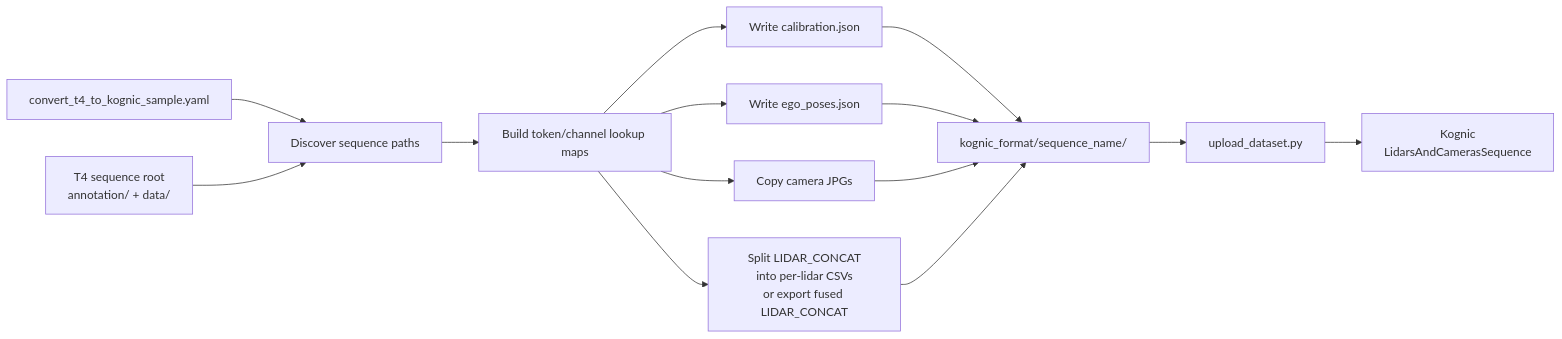
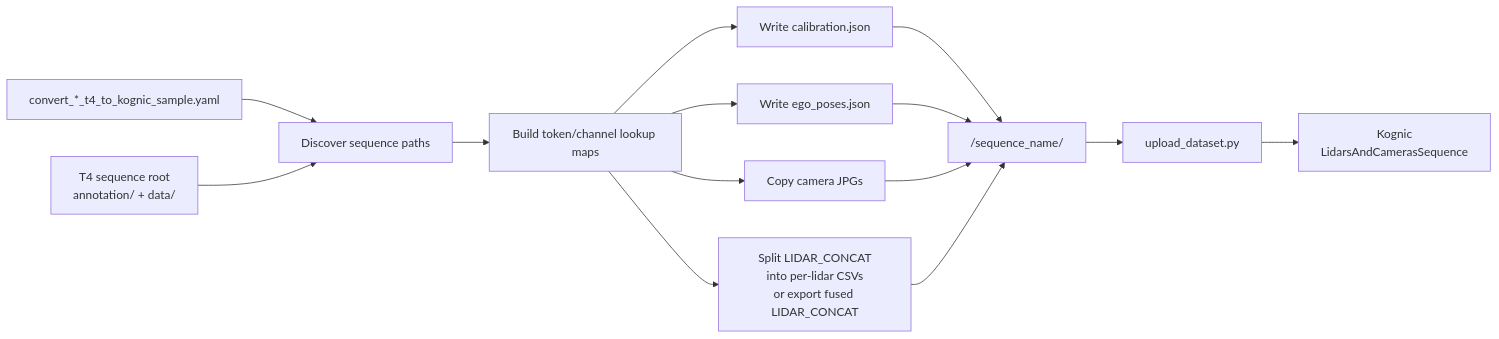
One commit to tier4/tier4_perception_dataset changed the second of 7 diagrams in docs/tier_iv_t4_extractor_to_kognic.md. Above: the diagram before and after it, drawn with Mermaid. The commit also changed other lines of this file and 1 other file, not shown here.

Commit message:
docs: add proper documentations for the whole t4dataset to kognic workflow

````diff
--- a/docs/tier_iv_t4_extractor_to_kognic.md
+++ b/docs/tier_iv_t4_extractor_to_kognic.md
@@ -158,28 +77,28 @@
 ```mermaid
 flowchart LR
-  Config["convert_t4_to_kognic_sample.yaml"]
+  Config["convert_*_t4_to_kognic_sample.yaml"]
   T4["T4 sequence root<br/>annotation/ + data/"]
   Discover["Discover sequence paths"]
   Lookups["Build token/channel lookup maps"]
   Calibration["Write calibration.json"]
   Ego["Write ego_poses.json"]
   Images["Copy camera JPGs"]
   Lidar["Split LIDAR_CONCAT<br/>into per-lidar CSVs<br/>or export fused LIDAR_CONCAT"]
-  Extracted["kognic_format/sequence_name/"]
+  Extracted["<output_base>/sequence_name/"]
   Upload["upload_dataset.py"]
   Kognic["Kognic<br/>LidarsAndCamerasSequence"]
 
   Config --> Discover
   T4 --> Discover
   Discover --> Lookups
   Lookups --> Calibration
   Lookups --> Ego
   Lookups --> Images
   Lookups --> Lidar
   Calibration --> Extracted
   Ego --> Extracted
   Images --> Extracted
   Lidar --> Extracted
   Extracted --> Upload
   Upload --> Kognic
 ```
````
